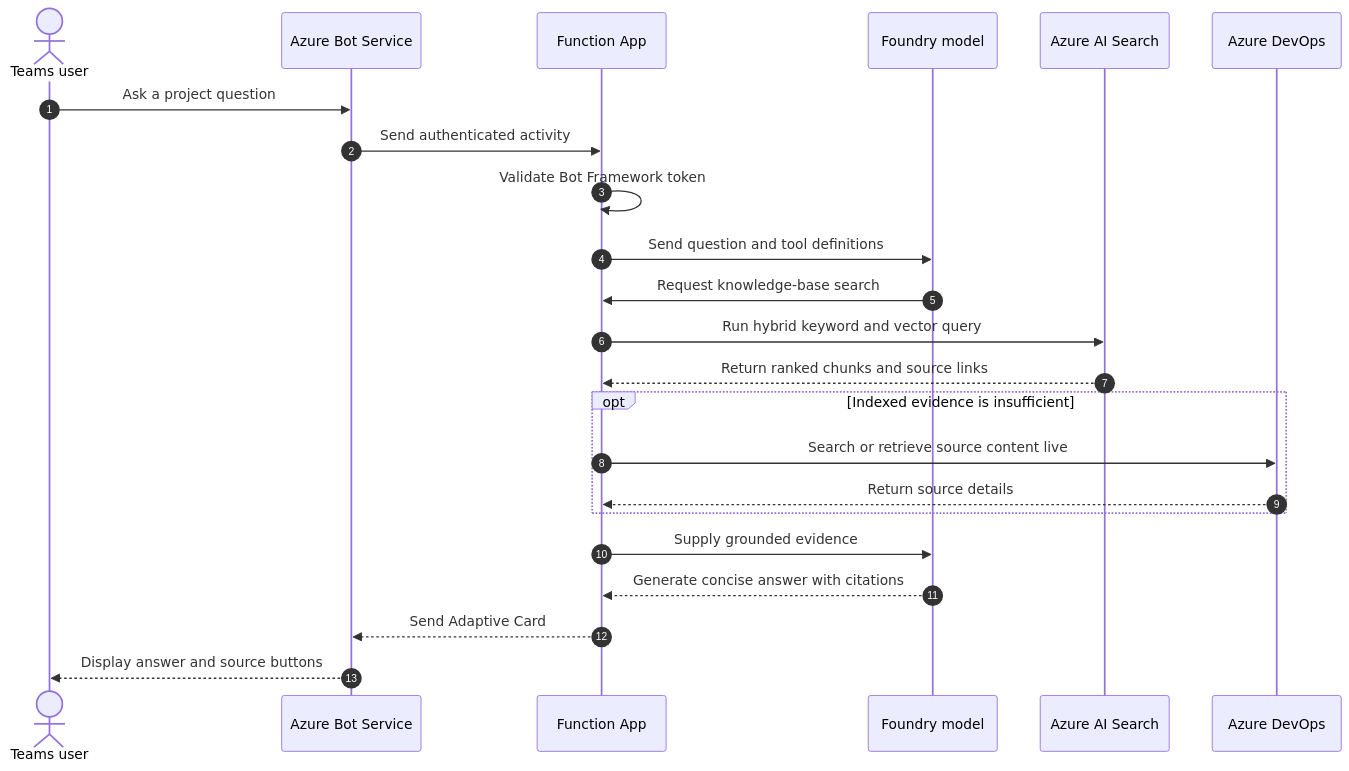
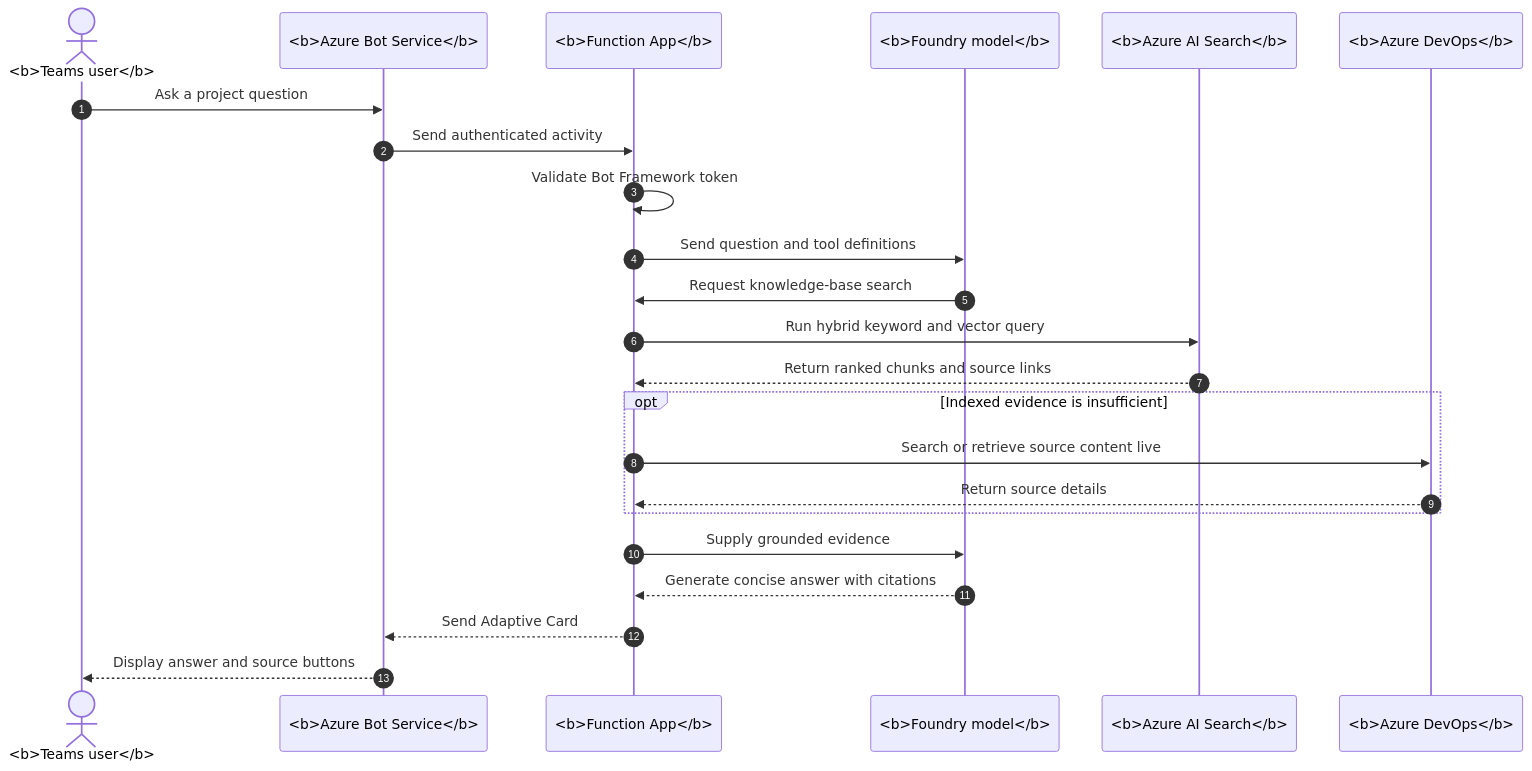
The second of 5 diagrams in docs/architecture.md (madhurshukla23/Migration-Knowledge-IQ), drawn with Mermaid before and after one commit. The commit also changed other lines of this file, not shown here.

Commit message:
Enhance architecture diagrams with improved font size and bold styling for better readability

````diff
--- a/docs/architecture.md
+++ b/docs/architecture.md
@@ -123,26 +124,27 @@
 ```mermaid
+%%{init: {"themeVariables": {"fontSize": "18px"}, "sequence": {"actorFontSize": 18, "messageFontSize": 16, "noteFontSize": 16, "sequenceNumberFontSize": 14}}}%%
 sequenceDiagram
     autonumber
-    actor User as Teams user
-    participant Bot as Azure Bot Service
-    participant App as Function App
-    participant Model as Foundry model
-    participant Search as Azure AI Search
-    participant ADO as Azure DevOps
+    actor User as <b>Teams user</b>
+    participant Bot as <b>Azure Bot Service</b>
+    participant App as <b>Function App</b>
+    participant Model as <b>Foundry model</b>
+    participant Search as <b>Azure AI Search</b>
+    participant ADO as <b>Azure DevOps</b>
 
     User->>Bot: Ask a project question
     Bot->>App: Send authenticated activity
     App->>App: Validate Bot Framework token
     App->>Model: Send question and tool definitions
     Model->>App: Request knowledge-base search
     App->>Search: Run hybrid keyword and vector query
     Search-->>App: Return ranked chunks and source links
     opt Indexed evidence is insufficient
         App->>ADO: Search or retrieve source content live
         ADO-->>App: Return source details
     end
     App->>Model: Supply grounded evidence
     Model-->>App: Generate concise answer with citations
     App-->>Bot: Send Adaptive Card
     Bot-->>User: Display answer and source buttons
 ```
````
